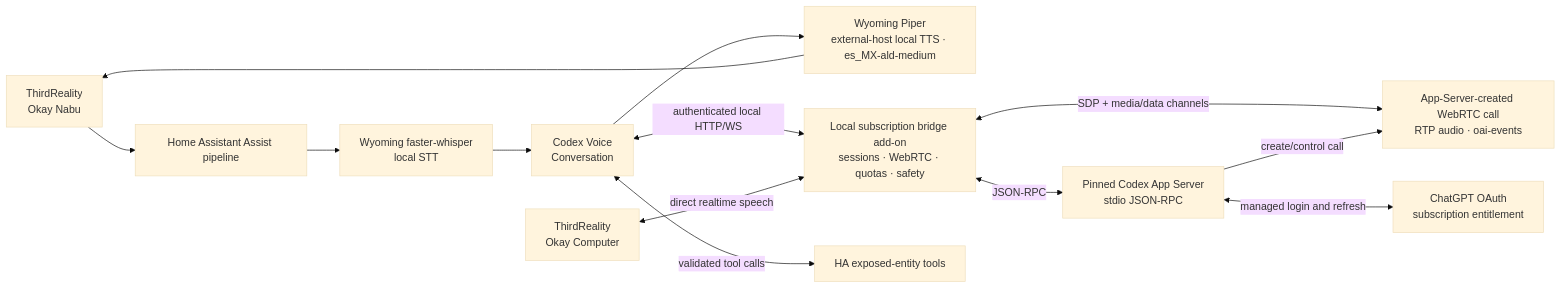
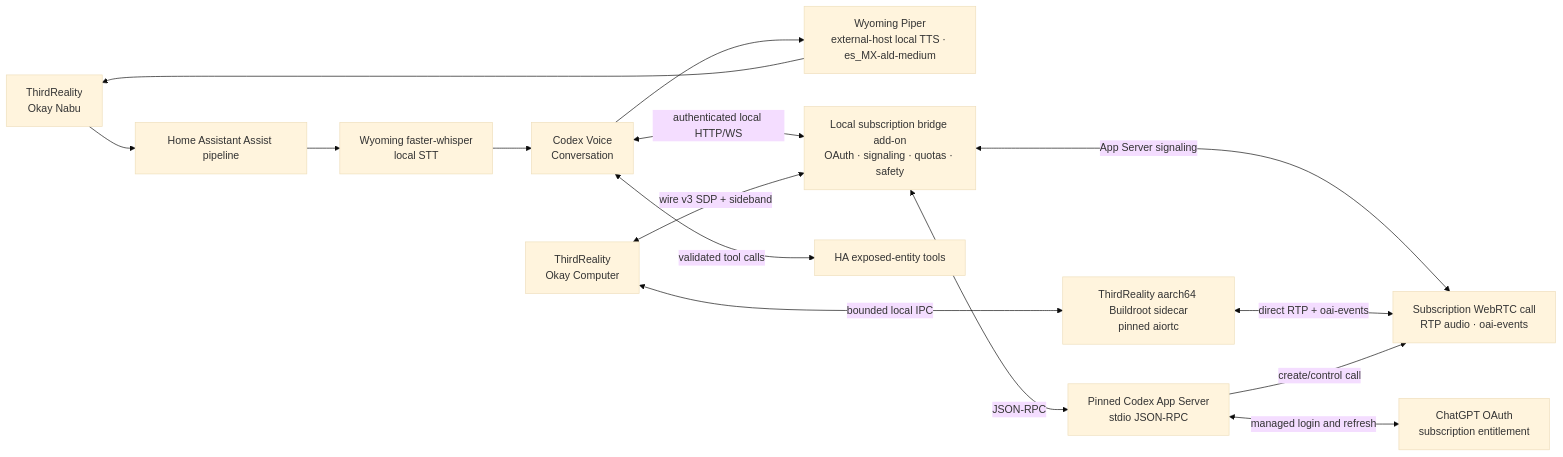
The diagram in home-assistant-chatgpt-subscription-voice-plan.md (AurelioB/ha-codex-voice), drawn with Mermaid (base theme) before and after one commit. The commit also changed other lines of this file and 11 other files, not shown here.

Commit message:
docs(realtime): document direct media architecture

````diff
--- a/home-assistant-chatgpt-subscription-voice-plan.md
+++ b/home-assistant-chatgpt-subscription-voice-plan.md
@@ -48,23 +67,26 @@
 ```mermaid
 flowchart LR
     N["ThirdReality<br/>Okay Nabu"]
     P["Home Assistant Assist pipeline"]
     S["Wyoming faster-whisper<br/>local STT"]
     I["Codex Voice<br/>Conversation"]
     Y["Wyoming Piper<br/>external-host local TTS · es_MX-ald-medium"]
     D["ThirdReality<br/>Okay Computer"]
-    B["Local subscription bridge add-on<br/>sessions · WebRTC · quotas · safety"]
+    B["Local subscription bridge add-on<br/>OAuth · signaling · quotas · safety"]
     C["Pinned Codex App Server<br/>stdio JSON-RPC"]
-    W["App-Server-created WebRTC call<br/>RTP audio · oai-events"]
+    W["Subscription WebRTC call<br/>RTP audio · oai-events"]
+    DS["ThirdReality aarch64 Buildroot sidecar<br/>pinned aiortc"]
     O["ChatGPT OAuth<br/>subscription entitlement"]
     T["HA exposed-entity tools"]
 
     N --> P --> S --> I --> Y --> N
     I <-->|"authenticated local HTTP/WS"| B
-    D <-->|"direct realtime speech"| B
+    D <-->|"wire v3 SDP + sideband"| B
+    D <-->|"bounded local IPC"| DS
     B <-->|"JSON-RPC"| C
-    B <-->|"SDP + media/data channels"| W
+    B <-->|"App Server signaling"| W
+    DS <-->|"direct RTP + oai-events"| W
     C -->|"create/control call"| W
     C <-->|"managed login and refresh"| O
     I <-->|"validated tool calls"| T
 ```
````
